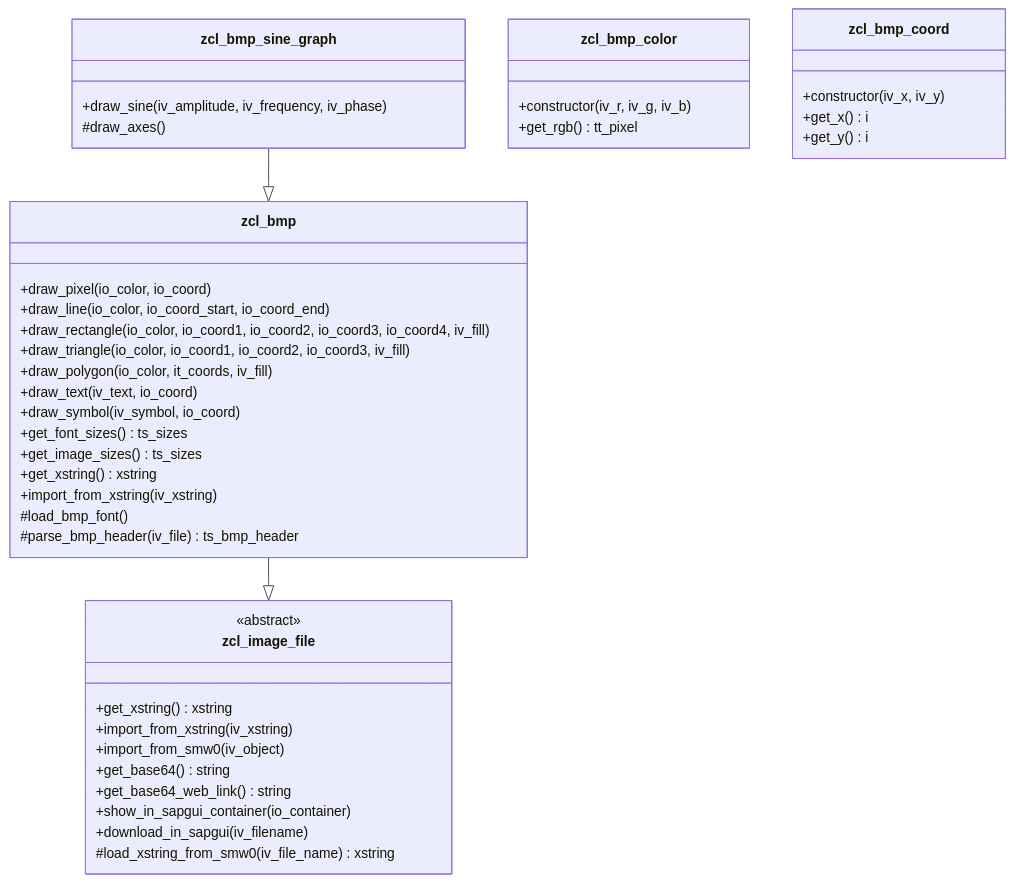
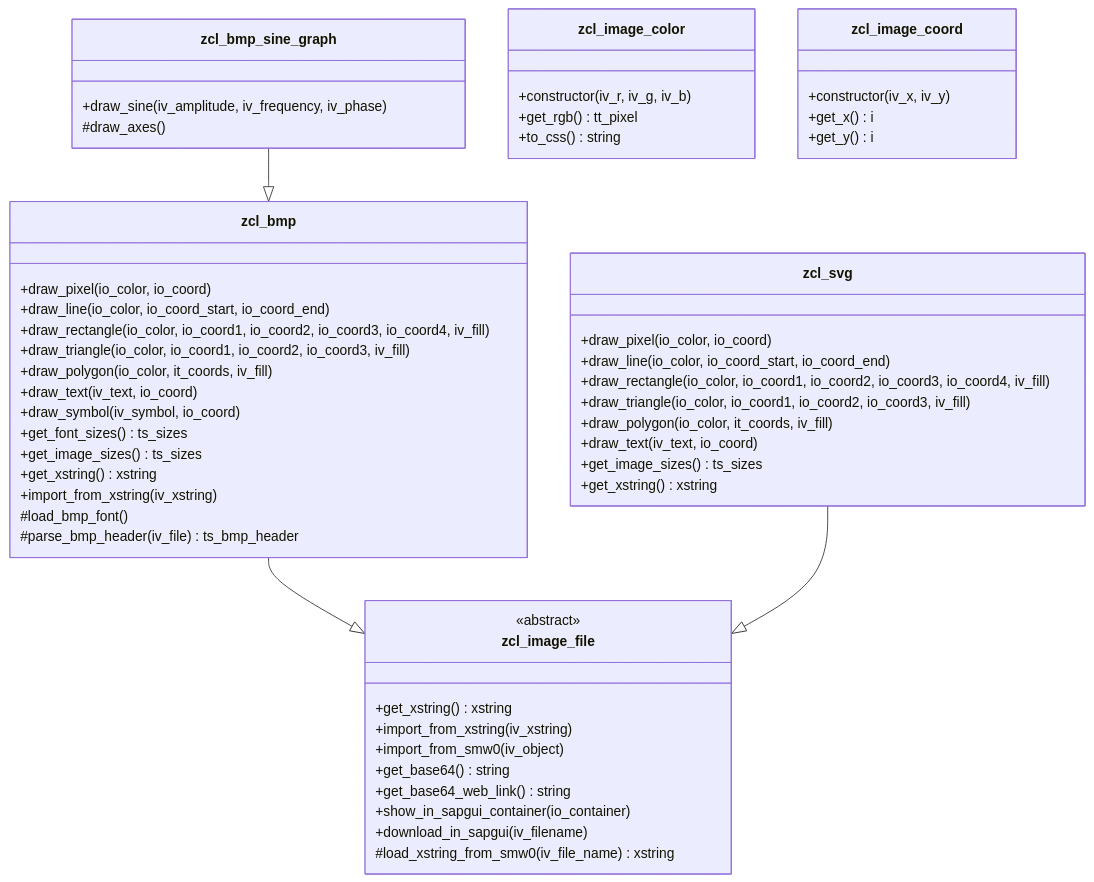
One commit to MyLittleCrab/abap_bmp_generator changed the diagram in README.md. Above: the diagram before and after it, drawn with Mermaid. The commit also changed other lines of this file, not shown here.

````diff
--- a/README.md
+++ b/README.md
@@ -105,44 +107,56 @@
 ```mermaid
 classDiagram
   class zcl_image_file {
     <<abstract>>
     +get_xstring() xstring
     +import_from_xstring(iv_xstring)
     +import_from_smw0(iv_object)
     +get_base64() string
     +get_base64_web_link() string
     +show_in_sapgui_container(io_container)
     +download_in_sapgui(iv_filename)
     #load_xstring_from_smw0(iv_file_name) xstring
   }
   class zcl_bmp {
     +draw_pixel(io_color, io_coord)
     +draw_line(io_color, io_coord_start, io_coord_end)
     +draw_rectangle(io_color, io_coord1, io_coord2, io_coord3, io_coord4, iv_fill)
     +draw_triangle(io_color, io_coord1, io_coord2, io_coord3, iv_fill)
     +draw_polygon(io_color, it_coords, iv_fill)
     +draw_text(iv_text, io_coord)
     +draw_symbol(iv_symbol, io_coord)
     +get_font_sizes() ts_sizes
     +get_image_sizes() ts_sizes
     +get_xstring() xstring
     +import_from_xstring(iv_xstring)
     #load_bmp_font()
     #parse_bmp_header(iv_file) ts_bmp_header
   }
+  class zcl_svg {
+    +draw_pixel(io_color, io_coord)
+    +draw_line(io_color, io_coord_start, io_coord_end)
+    +draw_rectangle(io_color, io_coord1, io_coord2, io_coord3, io_coord4, iv_fill)
+    +draw_triangle(io_color, io_coord1, io_coord2, io_coord3, iv_fill)
+    +draw_polygon(io_color, it_coords, iv_fill)
+    +draw_text(iv_text, io_coord)
+    +get_image_sizes() ts_sizes
+    +get_xstring() xstring
+  }
   class zcl_bmp_sine_graph {
     +draw_sine(iv_amplitude, iv_frequency, iv_phase)
     #draw_axes()
   }
-  class zcl_bmp_color {
+  class zcl_image_color {
     +constructor(iv_r, iv_g, iv_b)
     +get_rgb() tt_pixel
+    +to_css() string
   }
-  class zcl_bmp_coord {
+  class zcl_image_coord {
     +constructor(iv_x, iv_y)
     +get_x() i
     +get_y() i
   }
   zcl_bmp --|> zcl_image_file
+  zcl_svg --|> zcl_image_file
   zcl_bmp_sine_graph --|> zcl_bmp
 ```
````
